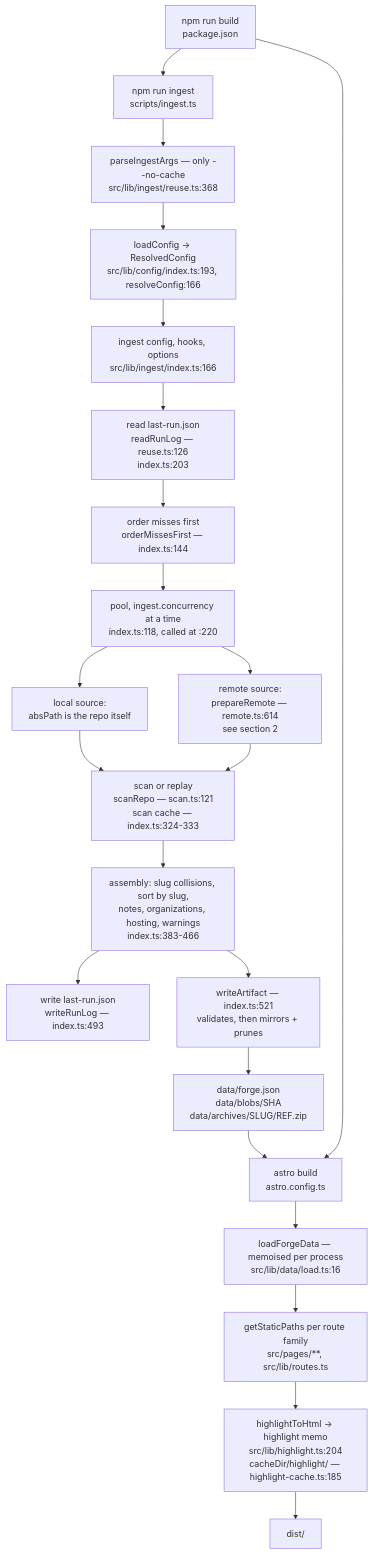
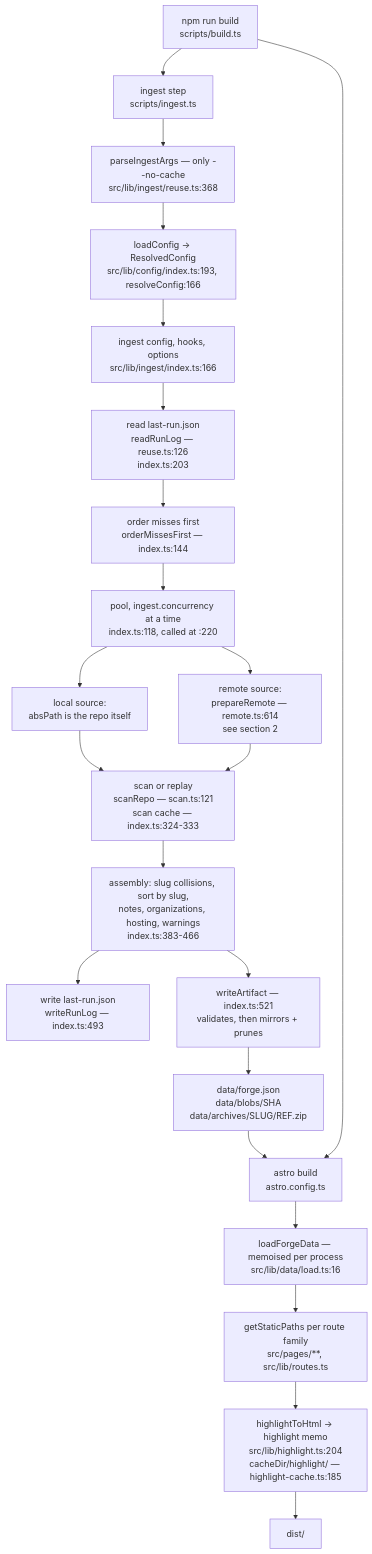
The first of 2 diagrams in docs/dev/build-steps.md (Descent098/frznforge), drawn with Mermaid before and after one commit. The commit also changed other lines of this file and 11 other files, not shown here.

````diff
--- a/docs/dev/build-steps.md
+++ b/docs/dev/build-steps.md
@@ -23,31 +32,31 @@
 ```mermaid
 flowchart TD
-  BUILD["npm run build<br/>package.json"] --> ING["npm run ingest<br/>scripts/ingest.ts"]
+  BUILD["npm run build<br/>scripts/build.ts"] --> ING["ingest step<br/>scripts/ingest.ts"]
   BUILD --> ASTRO
 
   ING --> ARGS["parseIngestArgs — only --no-cache<br/>src/lib/ingest/reuse.ts:368"]
   ARGS --> CFG["loadConfig → ResolvedConfig<br/>src/lib/config/index.ts:193, resolveConfig:166"]
   CFG --> ENTRY["ingest config, hooks, options<br/>src/lib/ingest/index.ts:166"]
 
   ENTRY --> LOG1["read last-run.json<br/>readRunLog — reuse.ts:126<br/>index.ts:203"]
   LOG1 --> ORDER["order misses first<br/>orderMissesFirst — index.ts:144"]
   ORDER --> POOL["pool, ingest.concurrency at a time<br/>index.ts:118, called at :220"]
 
   POOL --> LOCAL["local source:<br/>absPath is the repo itself"]
   POOL --> REMOTE["remote source:<br/>prepareRemote — remote.ts:614<br/>see section 2"]
 
   LOCAL --> SCAN
   REMOTE --> SCAN["scan or replay<br/>scanRepo — scan.ts:121<br/>scan cache — index.ts:324-333"]
 
   SCAN --> ASM["assembly: slug collisions, sort by slug,<br/>notes, organizations, hosting, warnings<br/>index.ts:383-466"]
   ASM --> LOG2["write last-run.json<br/>writeRunLog — index.ts:493"]
   ASM --> WRITE["writeArtifact — index.ts:521<br/>validates, then mirrors + prunes"]
 
   WRITE --> ART["data/forge.json<br/>data/blobs/SHA<br/>data/archives/SLUG/REF.zip"]
 
   ART --> ASTRO["astro build<br/>astro.config.ts"]
   ASTRO --> LOAD["loadForgeData — memoised per process<br/>src/lib/data/load.ts:16"]
   LOAD --> PAGES["getStaticPaths per route family<br/>src/pages/**, src/lib/routes.ts"]
   PAGES --> HL["highlightToHtml → highlight memo<br/>src/lib/highlight.ts:204<br/>cacheDir/highlight/ — highlight-cache.ts:185"]
   HL --> DIST["dist/"]
 ```
````
